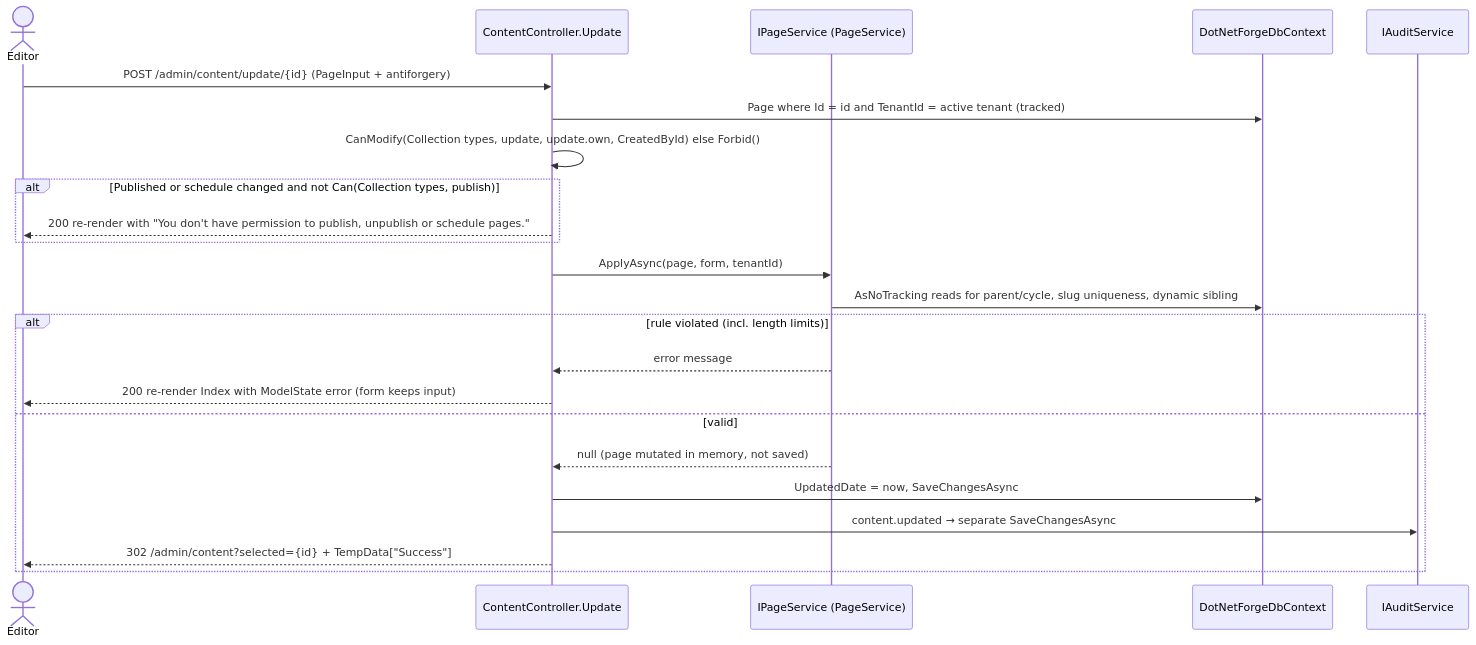
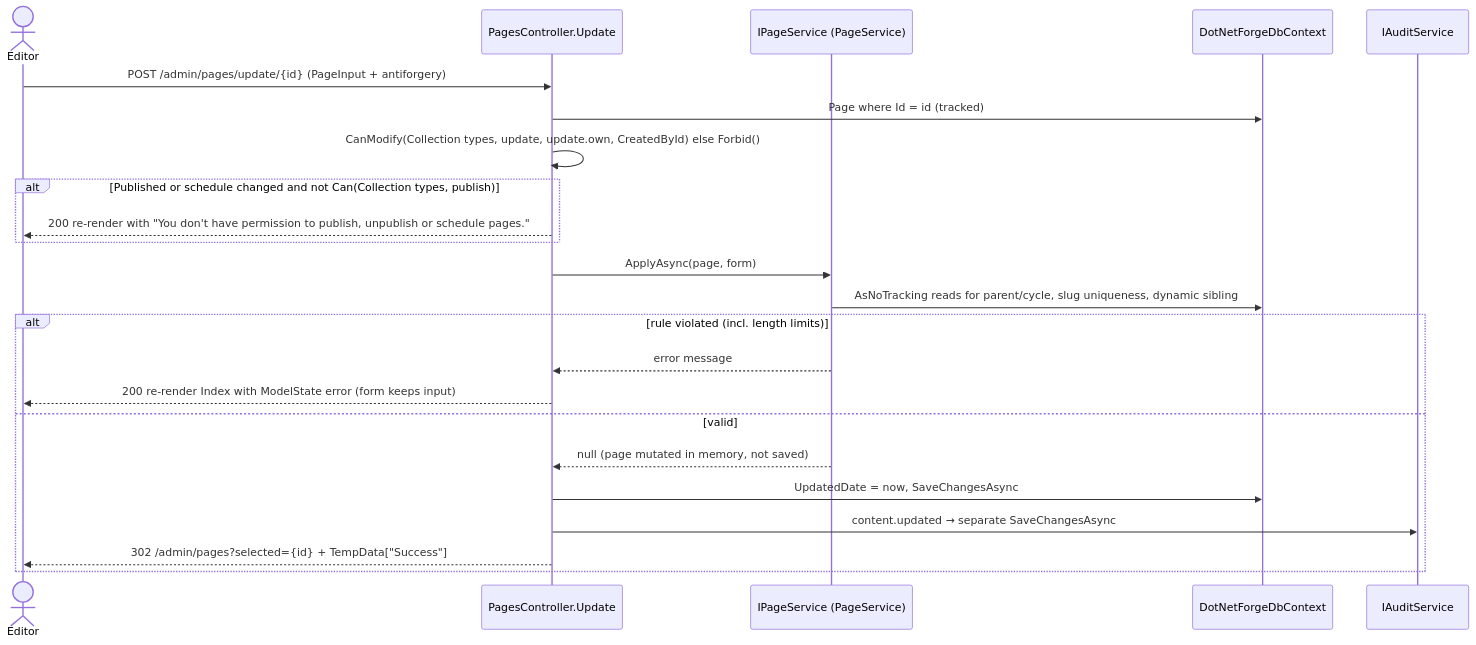
Before and after one commit to Albadit/DotNetForge: the eighth of 12 diagrams in .docs/architecture/data-flow.md, drawn with Mermaid. The commit also changed other lines of this file and 306 other files, not shown here.

````diff
--- a/.docs/architecture/data-flow.md
+++ b/.docs/architecture/data-flow.md
@@ -300,25 +308,25 @@
 ```mermaid
 sequenceDiagram
     actor Editor
-    participant CC as ContentController.Update
+    participant CC as PagesController.Update
     participant PS as IPageService (PageService)
     participant DB as DotNetForgeDbContext
     participant Aud as IAuditService
-    Editor->>CC: POST /admin/content/update/{id} (PageInput + antiforgery)
-    CC->>DB: Page where Id = id and TenantId = active tenant (tracked)
+    Editor->>CC: POST /admin/pages/update/{id} (PageInput + antiforgery)
+    CC->>DB: Page where Id = id (tracked)
     CC->>CC: CanModify(Collection types, update, update.own, CreatedById) else Forbid()
     alt Published or schedule changed and not Can(Collection types, publish)
         CC-->>Editor: 200 re-render with "You don't have permission to publish, unpublish or schedule pages."
     end
-    CC->>PS: ApplyAsync(page, form, tenantId)
+    CC->>PS: ApplyAsync(page, form)
     PS->>DB: AsNoTracking reads for parent/cycle, slug uniqueness, dynamic sibling
     alt rule violated (incl. length limits)
         PS-->>CC: error message
         CC-->>Editor: 200 re-render Index with ModelState error (form keeps input)
     else valid
         PS-->>CC: null (page mutated in memory, not saved)
         CC->>DB: UpdatedDate = now, SaveChangesAsync
         CC->>Aud: content.updated → separate SaveChangesAsync
-        CC-->>Editor: 302 /admin/content?selected={id} + TempData["Success"]
+        CC-->>Editor: 302 /admin/pages?selected={id} + TempData["Success"]
     end
 ```
````
